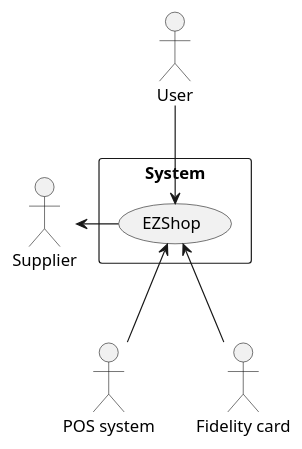
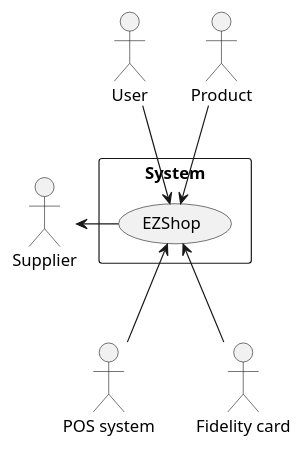
One commit to BMike10/EzShop changed the first of 5 diagrams in Deliverables/RequirementsDocument.md. Above: the diagram before and after it, drawn with PlantUML. The commit also changed other lines of this file, not shown here.

Commit message:
doc: inserted actors laser scanner and cash register or product

```diff
--- a/Deliverables/RequirementsDocument.md
+++ b/Deliverables/RequirementsDocument.md
@@ -63,27 +63,32 @@
 	@startuml context_diagram
 		' system
 		rectangle System{
 		usecase EZShop
 		}
 		' actors
-		' actor :Shop manager: as sm
-		' actor :Cashier: as cr
-		' actor :Accounting manager: as am
-		' actor :Warehouse manager: as wm
+		''' actor :Shop manager: as sm
+		''' actor :Cashier: as cr
+		''' actor :Accounting manager: as am
+		''' actor :Warehouse manager: as wm
 		' variant with single end user which has roles
 		actor :User: as u
 
 		actor :Supplier: as s
 		actor :POS system: as ccs
 		' associations
-		' sm -> EZShop
-		' cr --> EZShop
-		' am --> EZShop
-		' wm --> EZShop		
+		''' sm -> EZShop
+		''' cr --> EZShop
+		''' am --> EZShop
+		''' wm --> EZShop		
 		' variant with only end user
 		u --> EZShop
 
 		s <- EZShop
 		EZShop <-- ccs
 		EZShop <-- :Fidelity card:
+		''' ' If we choose Cash Register and laser beam external
+		''' :Cash Register: --> EZShop
+		''' :Laser beam scanner: -- EZShop
+		' If cash register and laser beam scanner are internal
+		Product --> EZShop
 	@enduml
```
